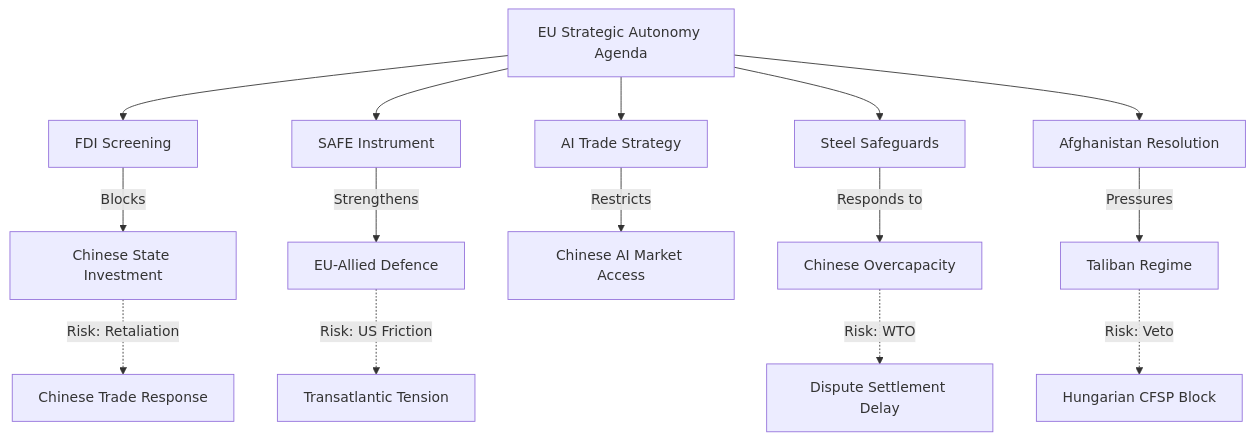
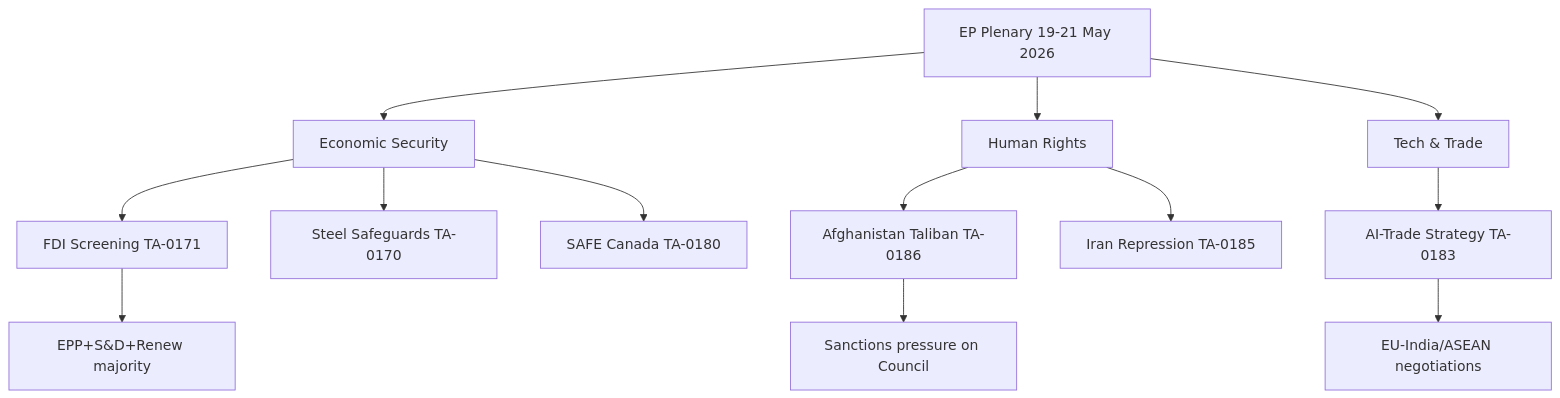
Before and after one commit to Hack23/euparliamentmonitor: the diagram in analysis/daily/2026-05-27/breaking/intelligence/synthesis-summary.md, drawn with Mermaid. The commit also changed other lines of this file and 62 other files, not shown here.

First line of the commit message:
📰 [news/breaking] EP Adopts FDI Screening & Condemns Taliban Criminalisation of Women's Education — 2026-05-27 (run breaking-run271-1779911804)

````diff
--- a/analysis/daily/2026-05-27/breaking/intelligence/synthesis-summary.md
+++ b/analysis/daily/2026-05-27/breaking/intelligence/synthesis-summary.md
@@ -107,19 +208,15 @@
 ```mermaid
 graph TD
-    A[EU Strategic Autonomy Agenda] --> B[FDI Screening]
-    A --> C[SAFE Instrument]
-    A --> D[AI Trade Strategy]
-    A --> E[Steel Safeguards]
-    A --> F[Afghanistan Resolution]
-
-    B -->|Blocks| G[Chinese State Investment]
-    C -->|Strengthens| H[EU-Allied Defence]
-    D -->|Restricts| I[Chinese AI Market Access]
-    E -->|Responds to| J[Chinese Overcapacity]
-    F -->|Pressures| K[Taliban Regime]
-
-    G -.->|Risk: Retaliation| L[Chinese Trade Response]
-    H -.->|Risk: US Friction| M[Transatlantic Tension]
-    J -.->|Risk: WTO| N[Dispute Settlement Delay]
-    K -.->|Risk: Veto| O[Hungarian CFSP Block]
+    A[EP Plenary 19-21 May 2026] --> B[Economic Security]
+    A --> C[Human Rights]
+    A --> D[Tech & Trade]
+    B --> E[FDI Screening TA-0171]
+    B --> F[Steel Safeguards TA-0170]
+    B --> G[SAFE Canada TA-0180]
+    C --> H[Afghanistan Taliban TA-0186]
+    C --> I[Iran Repression TA-0185]
+    D --> J[AI-Trade Strategy TA-0183]
+    E --> K[EPP+S&D+Renew majority]
+    H --> L[Sanctions pressure on Council]
+    J --> M[EU-India/ASEAN negotiations]
 ```
````
